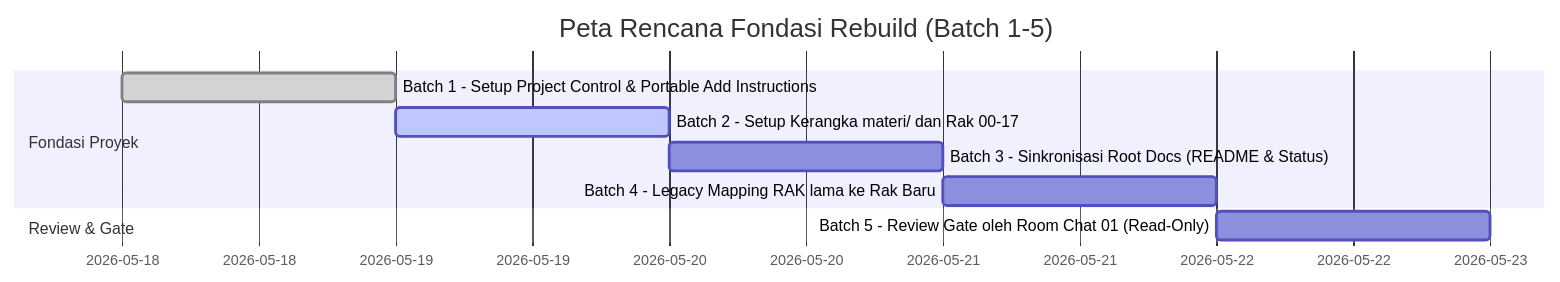
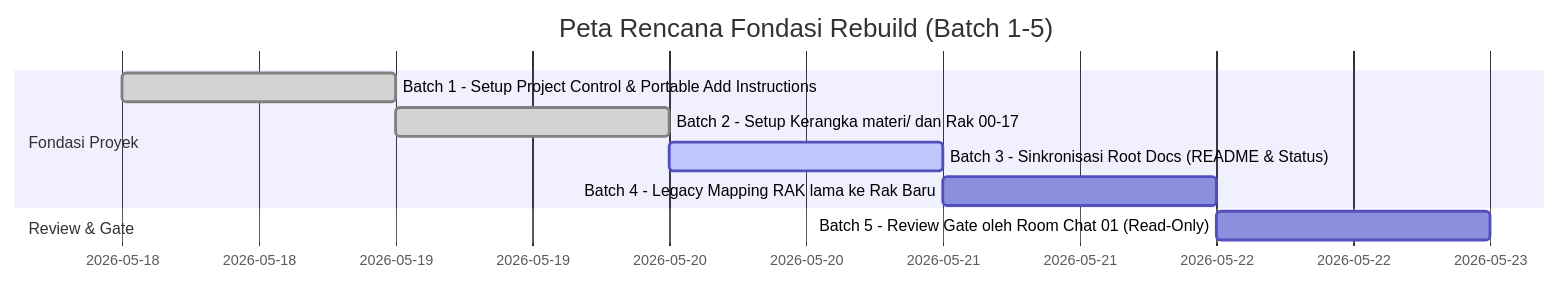
One commit to syahputrawork98-sketch/JavaScript-Learning-Hub changed the diagram in docs/project/roadmap-active.md. Above: the diagram before and after it, drawn with Mermaid. The commit also changed other lines of this file and 13 other files, not shown here.

````diff
--- a/docs/project/roadmap-active.md
+++ b/docs/project/roadmap-active.md
@@ -9,12 +9,12 @@
 ```mermaid
 gantt
     title Peta Rencana Fondasi Rebuild (Batch 1-5)
     dateFormat  YYYY-MM-DD
     section Fondasi Proyek
     Batch 1 - Setup Project Control & Portable Add Instructions :done, des1, 2026-05-18, 1d
-    Batch 2 - Setup Kerangka materi/ dan Rak 00-17              :active, des2, after des1, 1d
-    Batch 3 - Sinkronisasi Root Docs (README & Status)           : des3, after des2, 1d
+    Batch 2 - Setup Kerangka materi/ dan Rak 00-17              :done, des2, after des1, 1d
+    Batch 3 - Sinkronisasi Root Docs (README & Status)           :active, des3, after des2, 1d
     Batch 4 - Legacy Mapping RAK lama ke Rak Baru               : des4, after des3, 1d
     section Review & Gate
     Batch 5 - Review Gate oleh Room Chat 01 (Read-Only)          : des5, after des4, 1d
 ```
````
